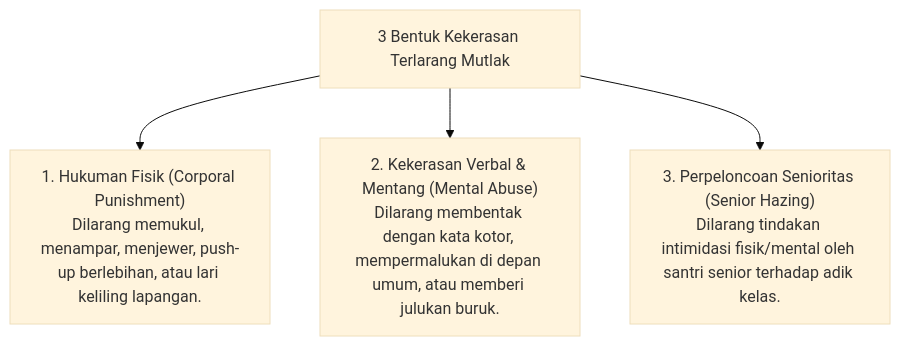
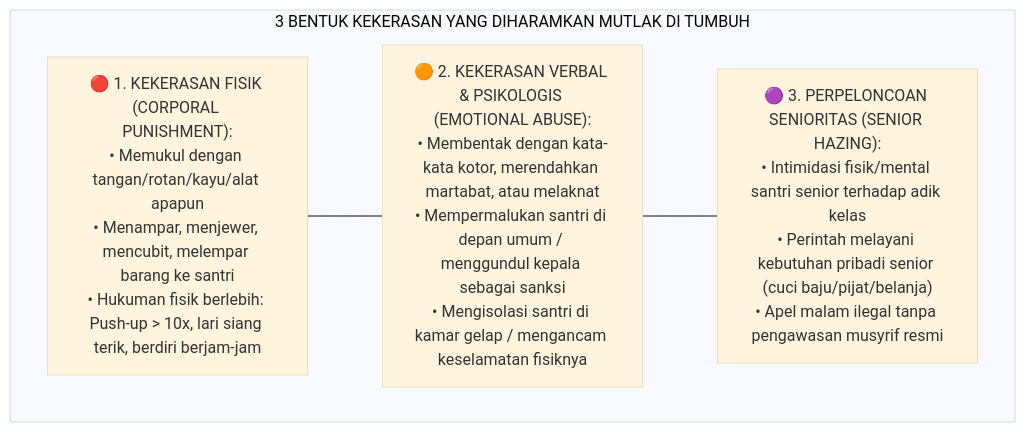
One commit to wandiapriliyandi/tumbuh changed the first of 2 diagrams in 08 Integrated Approaches/05 Positive Discipline/P8-05-03-Deklarasi-Zero-Corporal-Punishment-dan-Kekerasan-Verbal.md. Above: the diagram before and after it, drawn with Mermaid (base theme). The commit also changed other lines of this file and 3 other files, not shown here.

````diff
--- a/08 Integrated Approaches/05 Positive Discipline/P8-05-03-Deklarasi-Zero-Corporal-Punishment-dan-Kekerasan-Verbal.md
+++ b/08 Integrated Approaches/05 Positive Discipline/P8-05-03-Deklarasi-Zero-Corporal-Punishment-dan-Kekerasan-Verbal.md
@@ -14,7 +28,9 @@
 ```mermaid
-graph TD
-    ZeroViolenceDecl["3 Bentuk Kekerasan Terlarang Mutlak"]
-    ZeroViolenceDecl --> PhysicalHarm["1. Hukuman Fisik (Corporal Punishment)<br/>Dilarang memukul, menampar, menjewer, push-up berlebihan, atau lari keliling lapangan."]
-    ZeroViolenceDecl --> VerbalHarm["2. Kekerasan Verbal & Mentang (Mental Abuse)<br/>Dilarang membentak dengan kata kotor, mempermalukan di depan umum, atau memberi julukan buruk."]
-    ZeroViolenceDecl --> SeniorHazings["3. Perpeloncoan Senioritas (Senior Hazing)<br/>Dilarang tindakan intimidasi fisik/mental oleh santri senior terhadap adik kelas."]
+flowchart TD
+    subgraph ThreeProhibitions["3 BENTUK KEKERASAN YANG DIHARAMKAN MUTLAK DI TUMBUH"]
+        P1["🔴 1. KEKERASAN FISIK (CORPORAL PUNISHMENT):<br/>• Memukul dengan tangan/rotan/kayu/alat apapun<br/>• Menampar, menjewer, mencubit, melempar barang ke santri<br/>• Hukuman fisik berlebih: Push-up > 10x, lari siang terik, berdiri berjam-jam"]
+        P2["🟠 2. KEKERASAN VERBAL & PSIKOLOGIS (EMOTIONAL ABUSE):<br/>• Membentak dengan kata-kata kotor, merendahkan martabat, atau melaknat<br/>• Mempermalukan santri di depan umum / menggundul kepala sebagai sanksi<br/>• Mengisolasi santri di kamar gelap / mengancam keselamatan fisiknya"]
+        P3["🟣 3. PERPELONCOAN SENIORITAS (SENIOR HAZING):<br/>• Intimidasi fisik/mental santri senior terhadap adik kelas<br/>• Perintah melayani kebutuhan pribadi senior (cuci baju/pijat/belanja)<br/>• Apel malam ilegal tanpa pengawasan musyrif resmi"]
+        P1 --- P2 --- P3
+    end
 ```
````
